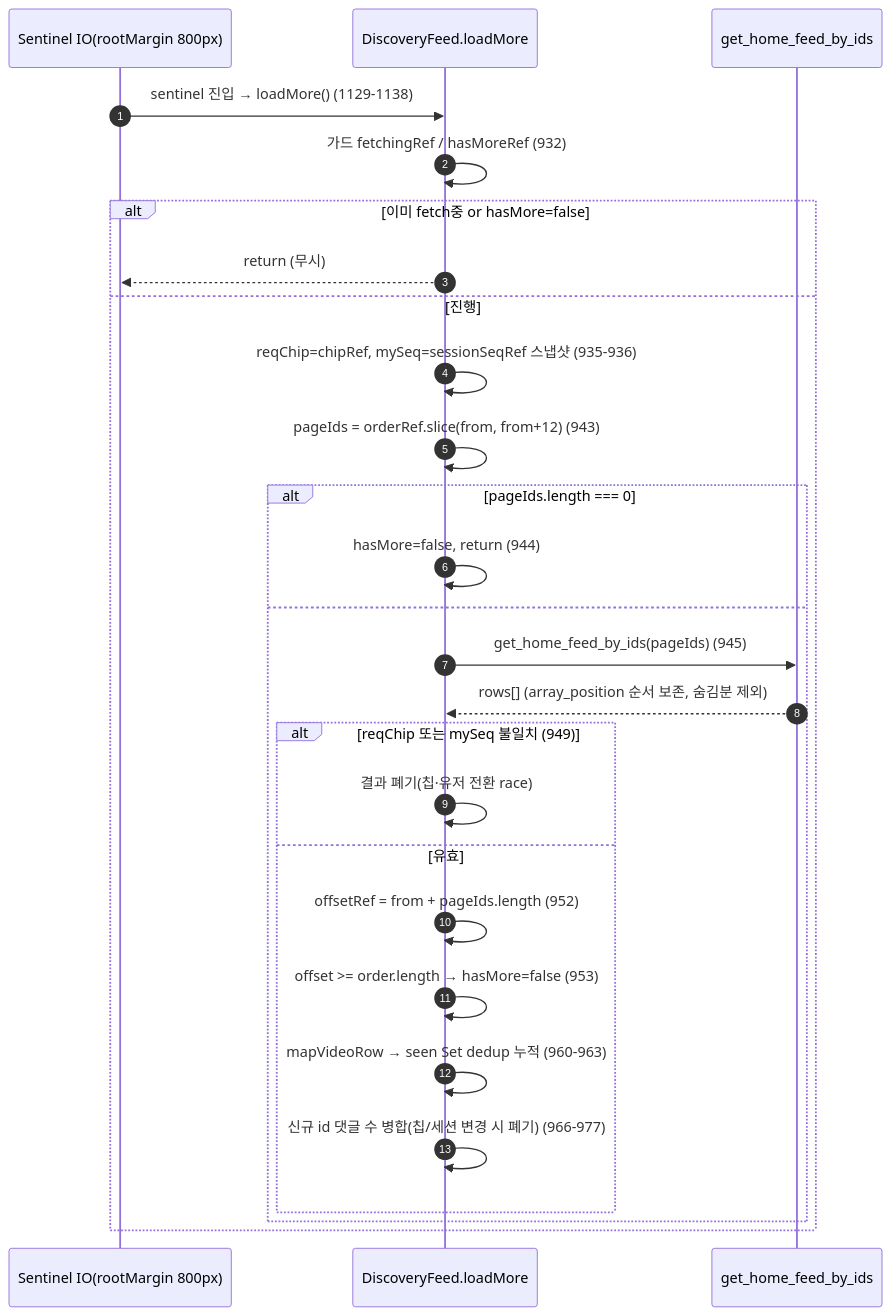
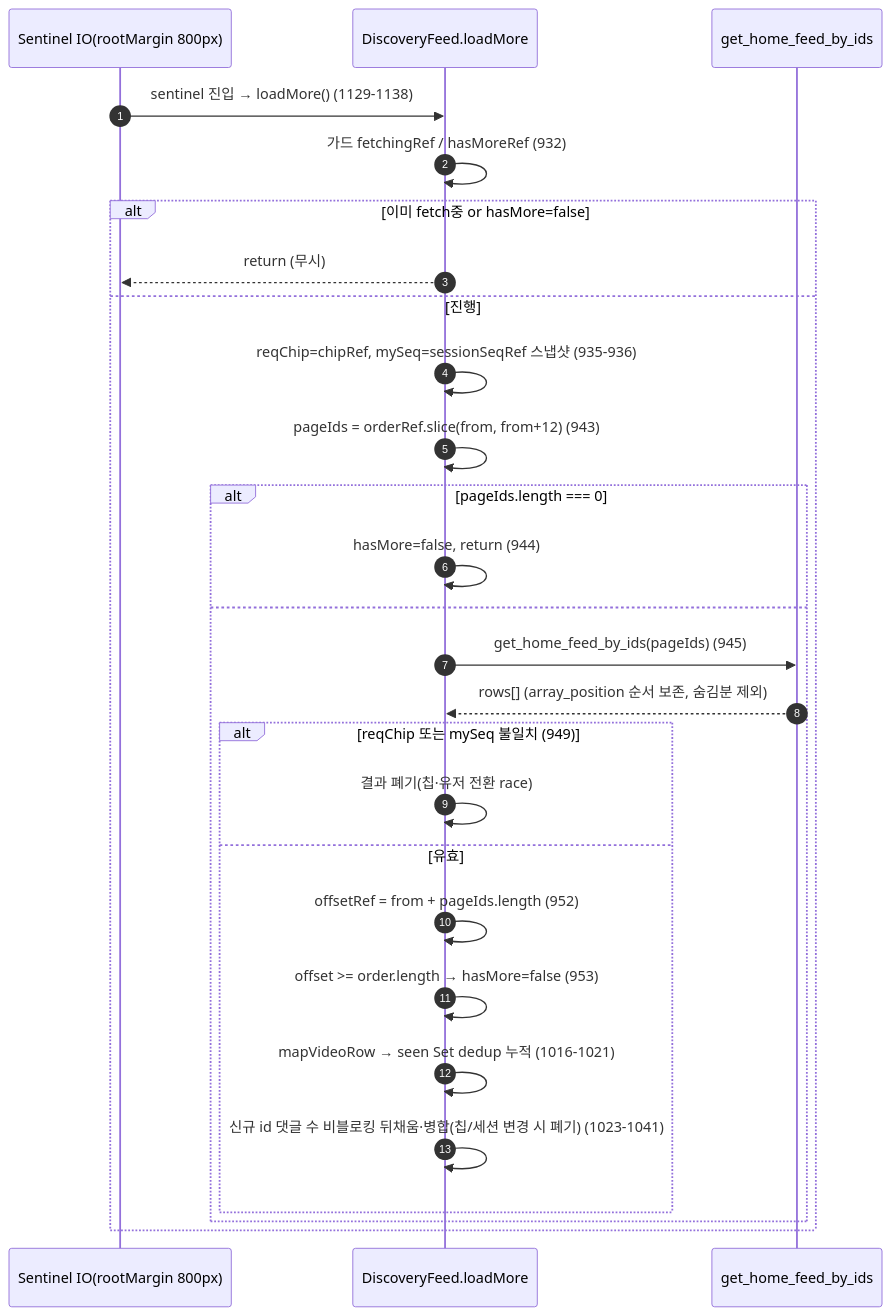
Before and after one commit to crebiz-commits/ai-v-market: the second of 6 diagrams in docs/prd/02-home-feed.md, drawn with Mermaid. The commit also changed other lines of this file and 10 other files, not shown here.

````diff
--- a/docs/prd/02-home-feed.md
+++ b/docs/prd/02-home-feed.md
@@ -431,30 +449,30 @@
 ```mermaid
 sequenceDiagram
     autonumber
     participant IO as Sentinel IO(rootMargin 800px)
     participant DF as DiscoveryFeed.loadMore
     participant IDS as get_home_feed_by_ids
 
     IO->>DF: sentinel 진입 → loadMore() (1129-1138)
     DF->>DF: 가드 fetchingRef / hasMoreRef (932)
     alt 이미 fetch중 or hasMore=false
         DF-->>IO: return (무시)
     else 진행
         DF->>DF: reqChip=chipRef, mySeq=sessionSeqRef 스냅샷 (935-936)
         DF->>DF: pageIds = orderRef.slice(from, from+12) (943)
         alt pageIds.length === 0
             DF->>DF: hasMore=false, return (944)
         else
             DF->>IDS: get_home_feed_by_ids(pageIds) (945)
             IDS-->>DF: rows[] (array_position 순서 보존, 숨김분 제외)
             alt reqChip 또는 mySeq 불일치 (949)
                 DF->>DF: 결과 폐기(칩·유저 전환 race)
             else 유효
                 DF->>DF: offsetRef = from + pageIds.length (952)
                 DF->>DF: offset >= order.length → hasMore=false (953)
-                DF->>DF: mapVideoRow → seen Set dedup 누적 (960-963)
-                DF->>DF: 신규 id 댓글 수 병합(칩/세션 변경 시 폐기) (966-977)
+                DF->>DF: mapVideoRow → seen Set dedup 누적 (1016-1021)
+                DF->>DF: 신규 id 댓글 수 비블로킹 뒤채움·병합(칩/세션 변경 시 폐기) (1023-1041)
             end
         end
     end
 ```
````
